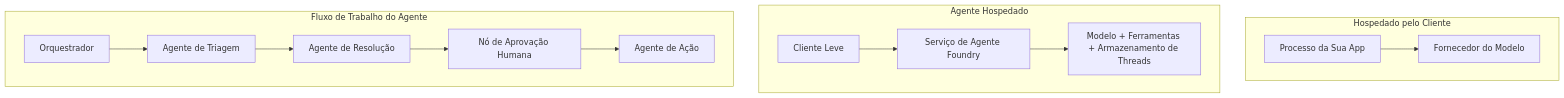
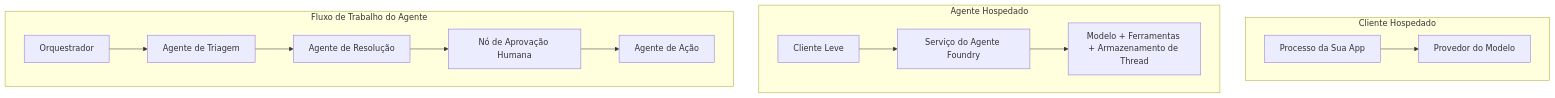
One commit to gabrielmoreira/agent-skills-mirror changed the first of 4 diagrams in mirrors/repos/microsoft@ai-agents-for-beginners/translations/pt-PT/16-deploying-scalable-agents/README.md. Above: the diagram before and after it, drawn with Mermaid. The commit also changed other lines of this file and 4262 other files, not shown here.

````diff
--- a/mirrors/repos/microsoft@ai-agents-for-beginners/translations/pt-PT/16-deploying-scalable-agents/README.md
+++ b/mirrors/repos/microsoft@ai-agents-for-beginners/translations/pt-PT/16-deploying-scalable-agents/README.md
@@ -87,16 +87,16 @@
 ```mermaid
 flowchart TB
-    subgraph P1[Hospedado pelo Cliente]
-        A1[Processo da Sua App] --> M1[Fornecedor do Modelo]
+    subgraph P1[Cliente Hospedado]
+        A1[Processo da Sua App] --> M1[Provedor do Modelo]
     end
     subgraph P2[Agente Hospedado]
-        A2[Cliente Leve] --> F2[Serviço de Agente Foundry]
-        F2 --> M2[Modelo + Ferramentas + Armazenamento de Threads]
+        A2[Cliente Leve] --> F2[Serviço do Agente Foundry]
+        F2 --> M2[Modelo + Ferramentas + Armazenamento de Thread]
     end
     subgraph P3[Fluxo de Trabalho do Agente]
         A3[Orquestrador] --> S1[Agente de Triagem]
         S1 --> S2[Agente de Resolução]
         S2 --> H[Nó de Aprovação Humana]
         H --> S3[Agente de Ação]
     end
 ```
````
